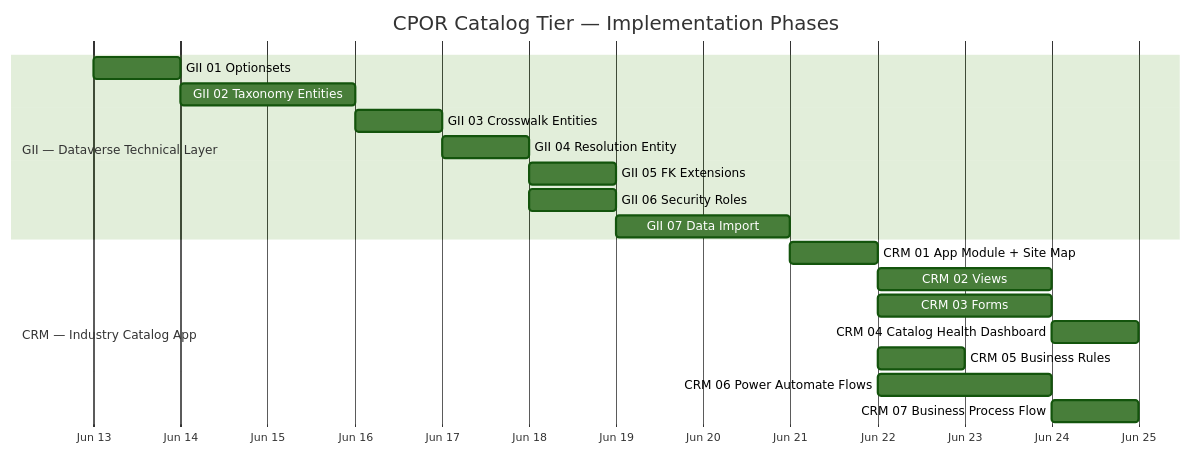
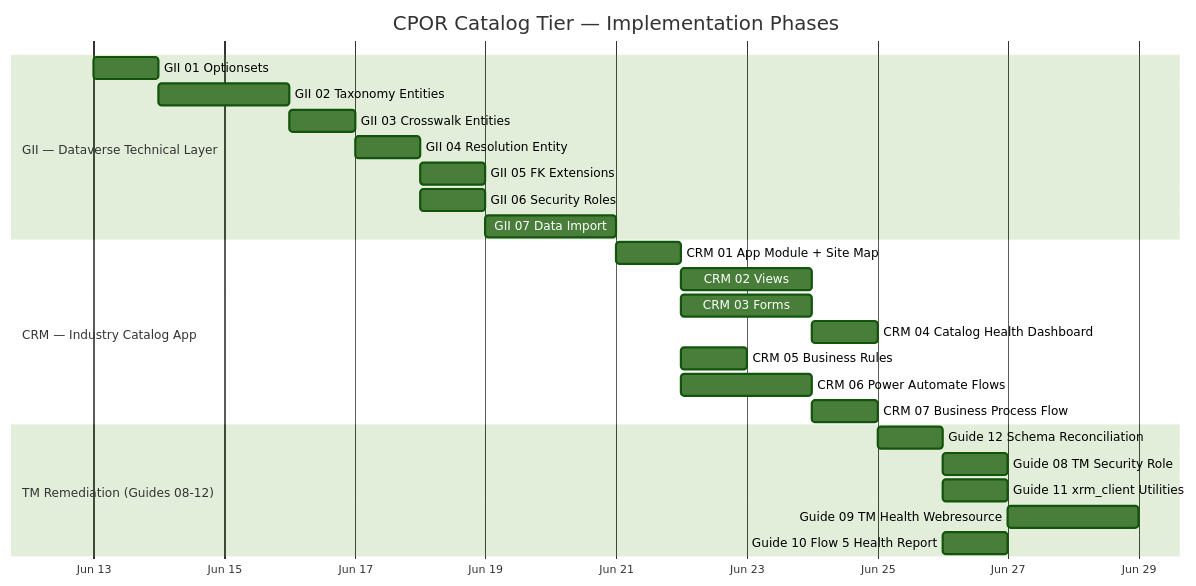
Diagram 20 of 23 in README.md (enewbold-devops/CPOR-Industry-Engagement), drawn with Mermaid (forest theme) before and after one commit. The commit also changed other lines of this file and 9 other files, not shown here.

````diff
--- a/README.md
+++ b/README.md
@@ -843,24 +1066,31 @@
 ```mermaid
 gantt
     title CPOR Catalog Tier — Implementation Phases
     dateFormat  YYYY-MM-DD
     axisFormat  %b %d
 
     section GII — Dataverse Technical Layer
     GII 01 Optionsets           :gii01, 2026-06-13, 1d
     GII 02 Taxonomy Entities    :gii02, after gii01, 2d
     GII 03 Crosswalk Entities   :gii03, after gii02, 1d
     GII 04 Resolution Entity    :gii04, after gii03, 1d
     GII 05 FK Extensions        :gii05, after gii04, 1d
     GII 06 Security Roles       :gii06, after gii04, 1d
     GII 07 Data Import          :gii07, after gii05, 2d
 
     section CRM — Industry Catalog App
     CRM 01 App Module + Site Map        :crm01, after gii07, 1d
     CRM 02 Views                        :crm02, after crm01, 2d
     CRM 03 Forms                        :crm03, after crm01, 2d
     CRM 04 Catalog Health Dashboard     :crm04, after crm02, 1d
     CRM 05 Business Rules               :crm05, after crm01, 1d
     CRM 06 Power Automate Flows         :crm06, after crm01, 2d
     CRM 07 Business Process Flow        :crm07, after crm06, 1d
+
+    section TM Remediation (Guides 08-12)
+    Guide 12 Schema Reconciliation      :g12, after crm07, 1d
+    Guide 08 TM Security Role           :g08, after g12, 1d
+    Guide 11 xrm_client Utilities       :g11, after g12, 1d
+    Guide 09 TM Health Webresource      :g09, after g08, 2d
+    Guide 10 Flow 5 Health Report       :g10, after g12, 1d
 ```
````
